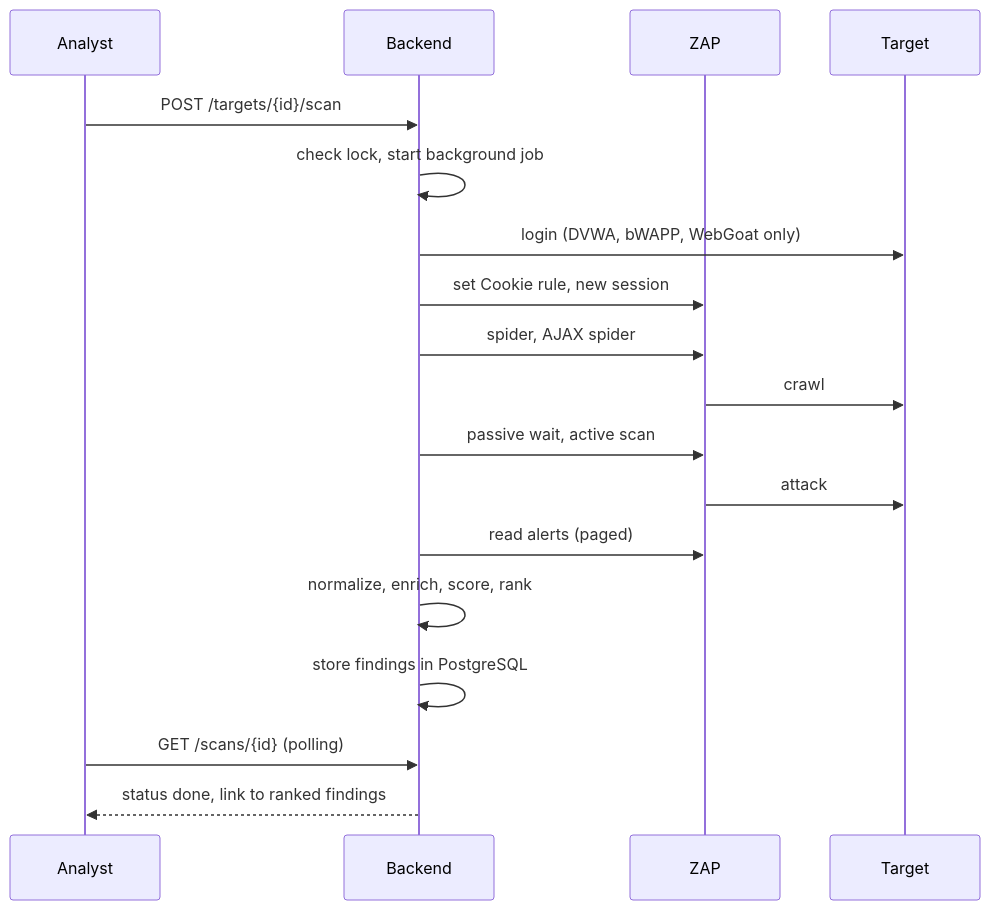
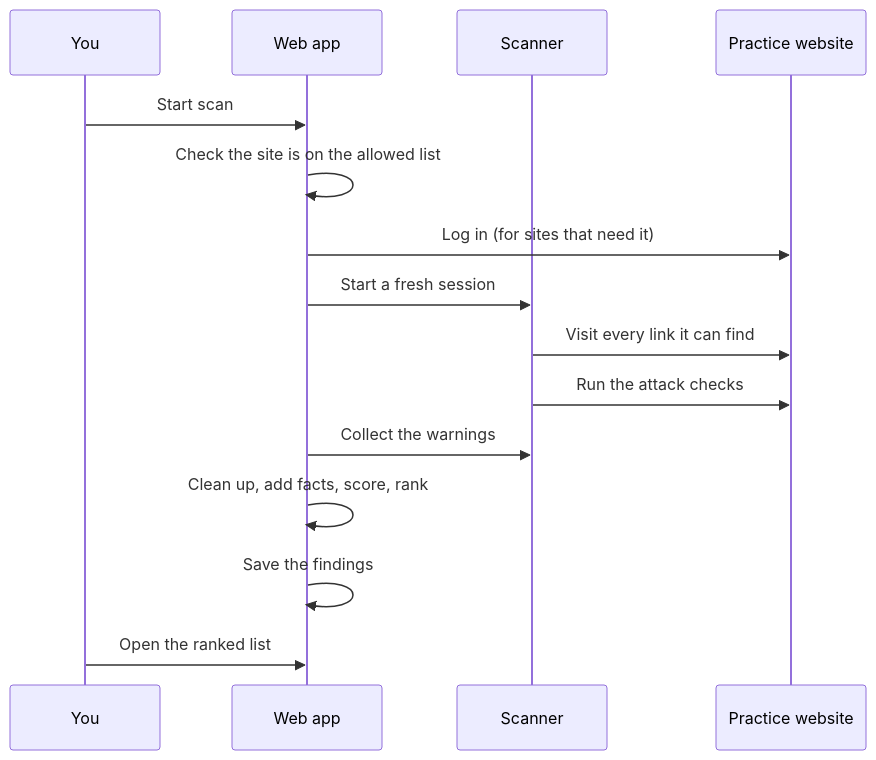
The second of 2 diagrams in docs/ARCHITECTURE.md (manojsomashekar8/Web-Application-Security-and-Risk-Assessment), drawn with Mermaid before and after one commit. The commit also changed other lines of this file, not shown here.

Commit message:
Rewrite architecture page in plain language

````diff
--- a/docs/ARCHITECTURE.md
+++ b/docs/ARCHITECTURE.md
@@ -43,20 +46,17 @@
 ```mermaid
 sequenceDiagram
-    participant U as Analyst
-    participant B as Backend
-    participant Z as ZAP
-    participant T as Target
-    U->>B: POST /targets/{id}/scan
-    B->>B: check lock, start background job
-    B->>T: login (DVWA, bWAPP, WebGoat only)
-    B->>Z: set Cookie rule, new session
-    B->>Z: spider, AJAX spider
-    Z->>T: crawl
-    B->>Z: passive wait, active scan
-    Z->>T: attack
-    B->>Z: read alerts (paged)
-    B->>B: normalize, enrich, score, rank
-    B->>B: store findings in PostgreSQL
-    U->>B: GET /scans/{id} (polling)
-    B-->>U: status done, link to ranked findings
+    participant You
+    participant App as Web app
+    participant ZAP as Scanner
+    participant Site as Practice website
+    You->>App: Start scan
+    App->>App: Check the site is on the allowed list
+    App->>Site: Log in (for sites that need it)
+    App->>ZAP: Start a fresh session
+    ZAP->>Site: Visit every link it can find
+    ZAP->>Site: Run the attack checks
+    App->>ZAP: Collect the warnings
+    App->>App: Clean up, add facts, score, rank
+    App->>App: Save the findings
+    You->>App: Open the ranked list
 ```
````
